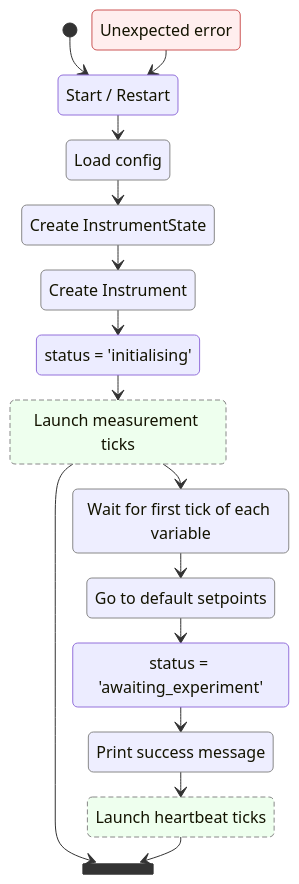
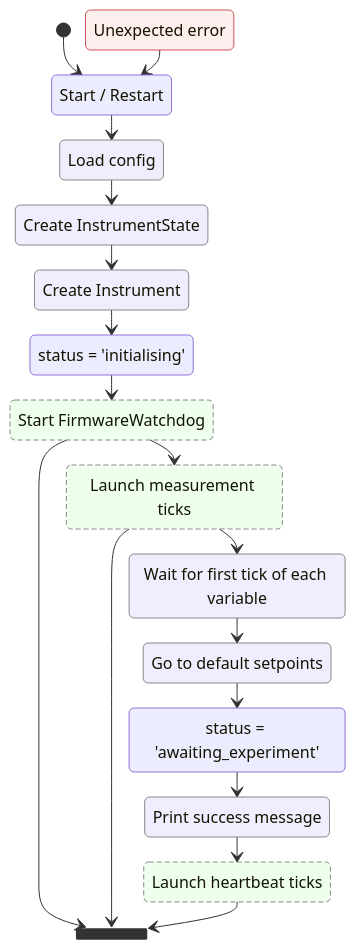
One commit to comodo-lab/comodo changed the second of 3 diagrams in firmware/README.md. Above: the diagram before and after it, drawn with Mermaid. The commit also changed other lines of this file, not shown here.

Commit message:
updates firmware readme

````diff
--- a/firmware/README.md
+++ b/firmware/README.md
@@ -95,39 +102,42 @@
 ```mermaid
 %%{init: {"flowchart": {"nodeSpacing": 15, "rankSpacing": 25, "padding": 6}}}%%
 stateDiagram-v2
     state "Start / Restart" as start
     state "Load config" as load
     state "Create InstrumentState" as create_state
     state "Create Instrument" as create_instrument
+    state "Start FirmwareWatchdog" as watchdog
     state "status = 'initialising'" as status_init
     state "Launch measurement ticks" as measure
     state "Wait for first tick of each variable" as first_tick
     state "Go to default setpoints" as setpoints_init
     state "status = 'awaiting_experiment'" as status_await
     state "Print success message" as success
     state "Launch heartbeat ticks" as heartbeat
     state "Unexpected error" as crash
     state continue <<join>>
 
     [*] --> start
     crash --> start
     start --> load
     load --> create_state
     create_state --> create_instrument
     create_instrument --> status_init
-    status_init --> measure
+    status_init --> watchdog
+    watchdog --> continue
+    watchdog --> measure
     measure --> continue
     measure --> first_tick
     first_tick --> setpoints_init
     setpoints_init --> status_await
     status_await --> success
     success --> heartbeat
     heartbeat --> continue
 
     classDef item fill:#ccccff55,stroke:#888
     classDef async fill:#ccffcc55,stroke:#888,stroke-dasharray:5 3
     classDef failure fill:#ffcccc55,stroke:#c55
     class load, create_state, create_instrument, first_tick, setpoints_init, success item
-    class measure, heartbeat async
+    class measure, heartbeat, watchdog async
     class crash failure
 ```
````
